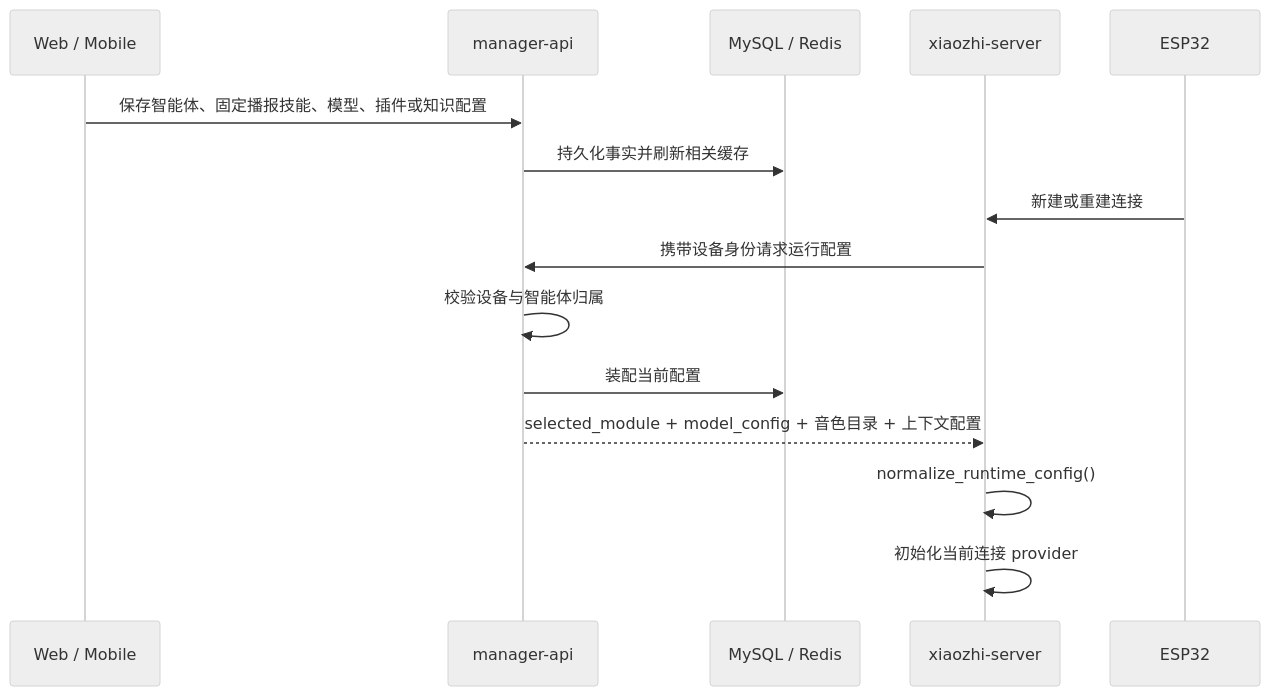
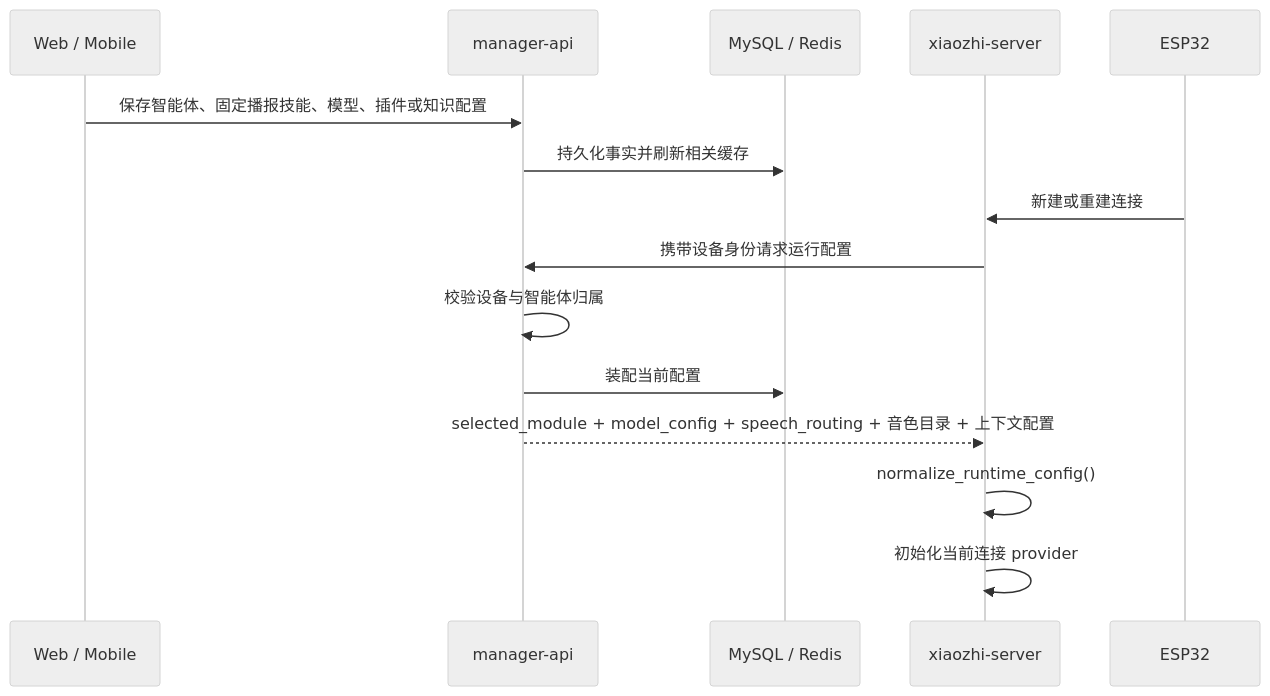
The second of 4 diagrams in docs/architecture/runtime-flows.md (ruirui688/xiaozhiserver), drawn with Mermaid (neutral theme) before and after one commit. The commit also changed other lines of this file and 48 other files, not shown here.

Commit message:
feat: add device speech routing

````diff
--- a/docs/architecture/runtime-flows.md
+++ b/docs/architecture/runtime-flows.md
@@ -56,17 +59,17 @@
 ```mermaid
 sequenceDiagram
     participant UI as Web / Mobile
     participant API as manager-api
     participant DB as MySQL / Redis
     participant PY as xiaozhi-server
     participant D as ESP32
     UI->>API: 保存智能体、固定播报技能、模型、插件或知识配置
     API->>DB: 持久化事实并刷新相关缓存
     D->>PY: 新建或重建连接
     PY->>API: 携带设备身份请求运行配置
     API->>API: 校验设备与智能体归属
     API->>DB: 装配当前配置
-    API-->>PY: selected_module + model_config + 音色目录 + 上下文配置
+    API-->>PY: selected_module + model_config + speech_routing + 音色目录 + 上下文配置
     PY->>PY: normalize_runtime_config()
     PY->>PY: 初始化当前连接 provider
 ```
````
